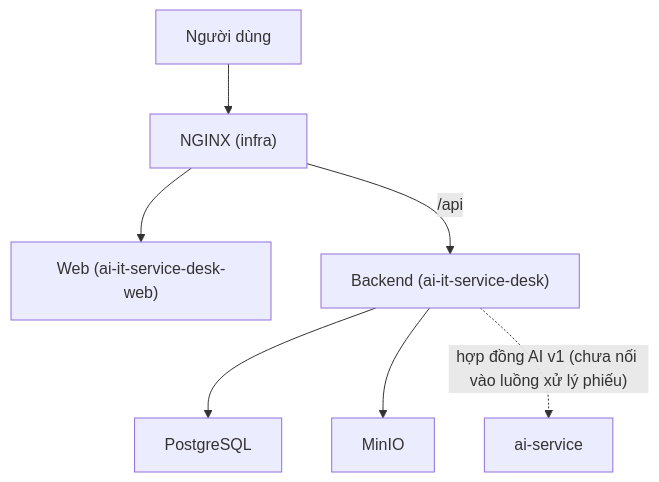
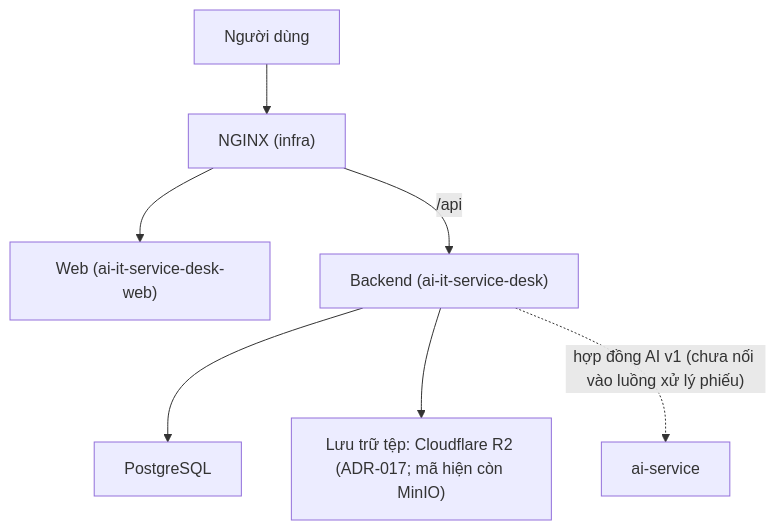
One commit to supportflow-ai/ai-it-service-desk changed the diagram in docs/team-handbook.md. Above: the diagram before and after it, drawn with Mermaid. The commit also changed other lines of this file and 9 other files, not shown here.

First line of the commit message:
docs(backend): chấp nhận ADR-017, đánh dấu ADR-006 bị thay thế và cảnh báo MinIO đang bị loại

````diff
--- a/docs/team-handbook.md
+++ b/docs/team-handbook.md
@@ -18,9 +18,9 @@
 ```mermaid
 flowchart TD
     User["Người dùng"] --> Gateway["NGINX (infra)"]
     Gateway --> Web["Web (ai-it-service-desk-web)"]
     Gateway -->|"/api"| Api["Backend (ai-it-service-desk)"]
     Api --> Db["PostgreSQL"]
-    Api --> Files["MinIO"]
+    Api --> Files["Lưu trữ tệp: Cloudflare R2 (ADR-017; mã hiện còn MinIO)"]
     Api -.->|"hợp đồng AI v1 (chưa nối vào luồng xử lý phiếu)"| Ai["ai-service"]
 ```
````
